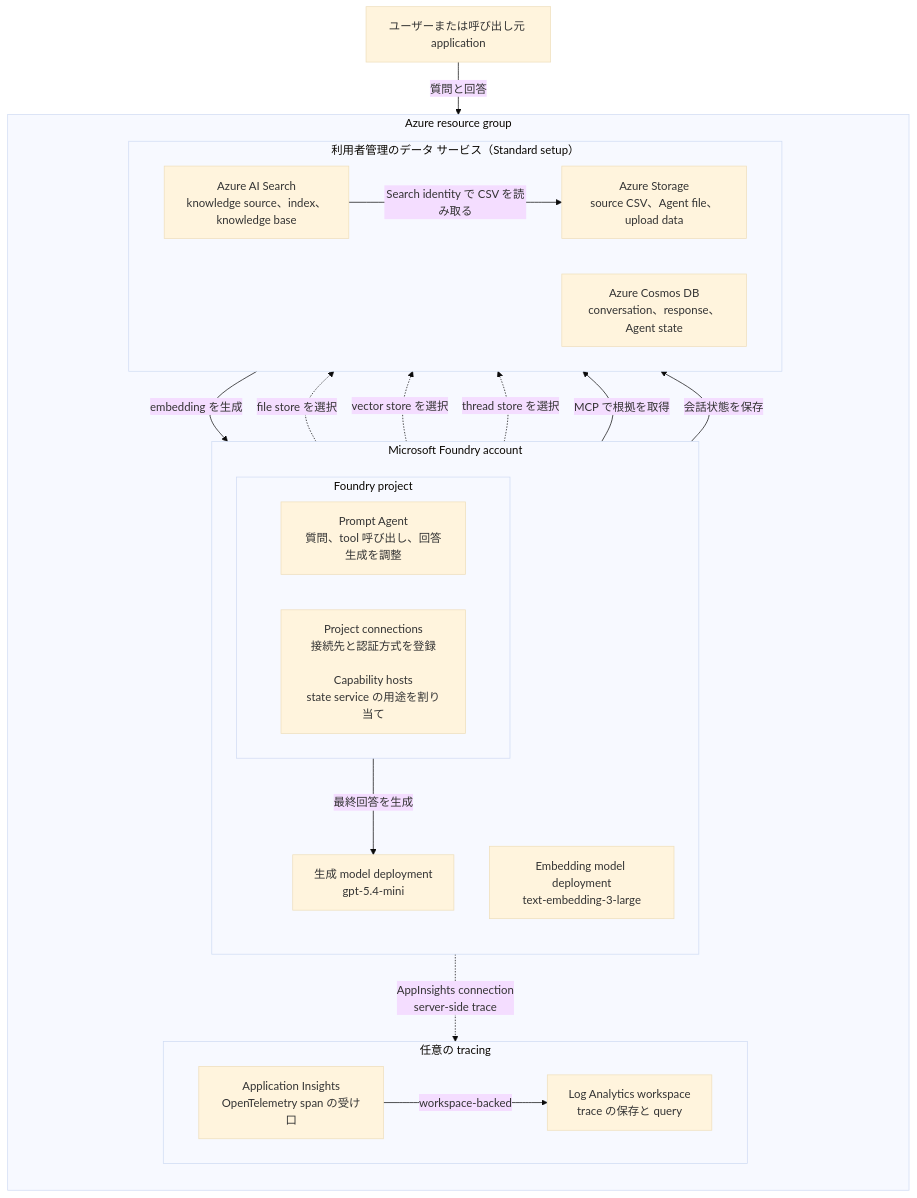
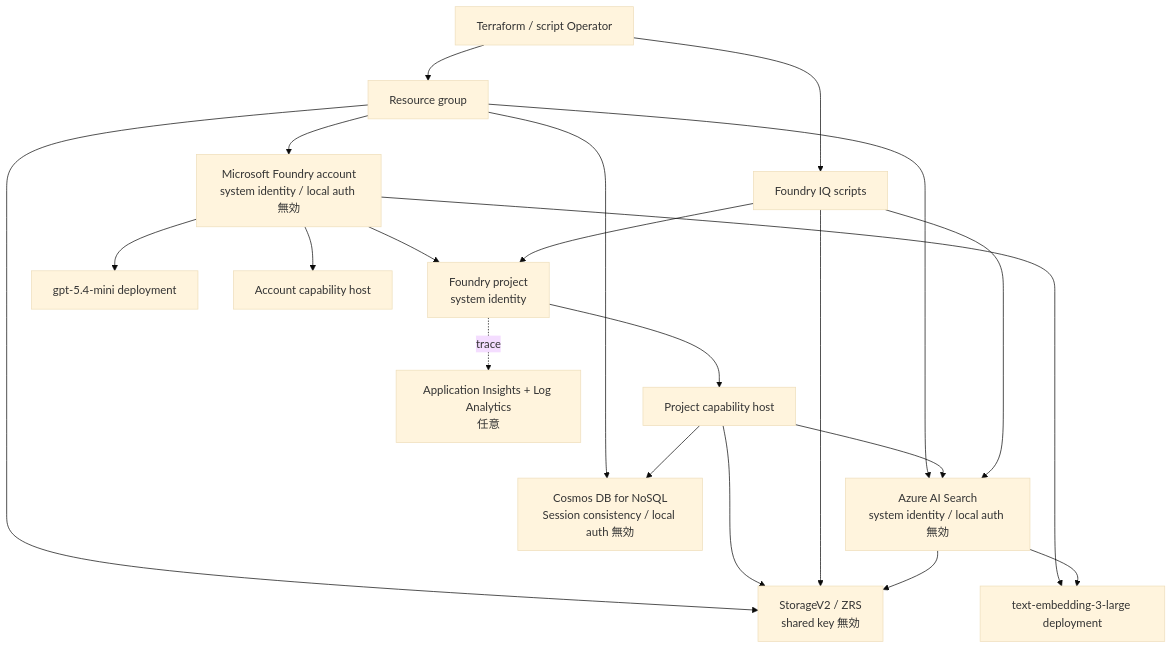
The diagram in infra/scenarios/azure_microsoft_foundry/README.ja.md (ks6088ts/template-terraform), drawn with Mermaid (base theme) before and after one commit. The commit also changed other lines of this file and 42 other files, not shown here.

First line of the commit message:
Add test scripts and refactor standard agent configuration

````diff
--- a/infra/scenarios/azure_microsoft_foundry/README.ja.md
+++ b/infra/scenarios/azure_microsoft_foundry/README.ja.md
@@ -182,44 +112,37 @@
 ```mermaid
-flowchart TB
-    Caller["ユーザーまたは呼び出し元 application"]
+flowchart TD
+    Operator["Terraform / script Operator"]
+    RG["Resource group"]
+    Account["Microsoft Foundry account<br/>system identity / local auth 無効"]
+    Project["Foundry project<br/>system identity"]
+    Chat["gpt-5.4-mini deployment"]
+    Embedding["text-embedding-3-large deployment"]
+    Search["Azure AI Search<br/>system identity / local auth 無効"]
+    Storage["StorageV2 / ZRS<br/>shared key 無効"]
+    Cosmos["Cosmos DB for NoSQL<br/>Session consistency / local auth 無効"]
+    AccountHost["Account capability host"]
+    ProjectHost["Project capability host"]
+    Insights["Application Insights + Log Analytics<br/>任意"]
+    Scripts["Foundry IQ scripts"]
 
-    subgraph ResourceGroup["Azure resource group"]
-        direction TB
-
-        subgraph Foundry["Microsoft Foundry account"]
-            direction TB
-            subgraph Project["Foundry project"]
-                direction LR
-                Agent["Prompt Agent<br/>質問、tool 呼び出し、回答生成を調整"]
-                ProjectConfig["Project connections<br/>接続先と認証方式を登録<br/><br/>Capability hosts<br/>state service の用途を割り当て"]
-            end
-            GenerationModel["生成 model deployment<br/>gpt-5.4-mini"]
-            EmbeddingModel["Embedding model deployment<br/>text-embedding-3-large"]
-        end
-
-        subgraph DataServices["利用者管理のデータ サービス（Standard setup）"]
-            direction LR
-            Storage["Azure Storage<br/>source CSV、Agent file、upload data"]
-            Search["Azure AI Search<br/>knowledge source、index、knowledge base"]
-            Cosmos["Azure Cosmos DB<br/>conversation、response、Agent state"]
-        end
-
-        subgraph Tracing["任意の tracing"]
-            direction LR
-            AppInsights["Application Insights<br/>OpenTelemetry span の受け口"]
-            LogAnalytics["Log Analytics workspace<br/>trace の保存と query"]
-        end
-    end
-
-    Caller -->|"質問と回答"| Agent
-    ProjectConfig -.->|"file store を選択"| Storage
-    ProjectConfig -.->|"vector store を選択"| Search
-    ProjectConfig -.->|"thread store を選択"| Cosmos
-    Search -->|"Search identity で CSV を読み取る"| Storage
-    Search -->|"embedding を生成"| EmbeddingModel
-    Agent -->|"MCP で根拠を取得"| Search
-    Agent -->|"最終回答を生成"| GenerationModel
-    Agent -->|"会話状態を保存"| Cosmos
-    Agent -.->|"AppInsights connection<br/>server-side trace"| AppInsights
-    AppInsights -->|"workspace-backed"| LogAnalytics
+    Operator --> RG
+    RG --> Account
+    Account --> Project
+    Account --> Chat
+    Account --> Embedding
+    RG --> Search
+    RG --> Storage
+    RG --> Cosmos
+    Account --> AccountHost
+    Project --> ProjectHost
+    ProjectHost --> Search
+    ProjectHost --> Storage
+    ProjectHost --> Cosmos
+    Operator --> Scripts
+    Scripts --> Storage
+    Scripts --> Search
+    Scripts --> Project
+    Search --> Storage
+    Search --> Embedding
+    Project -. "trace" .-> Insights
 ```
````
